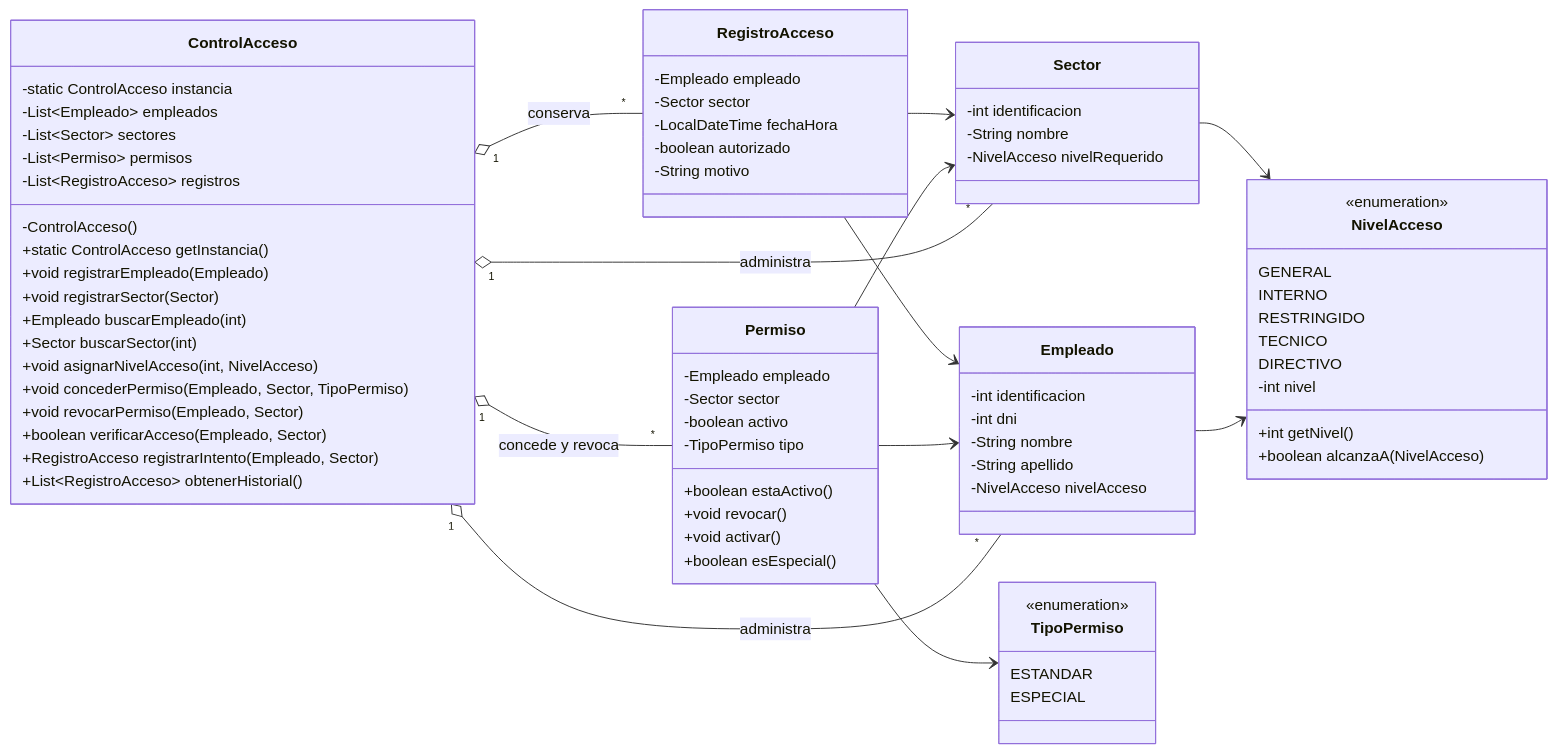
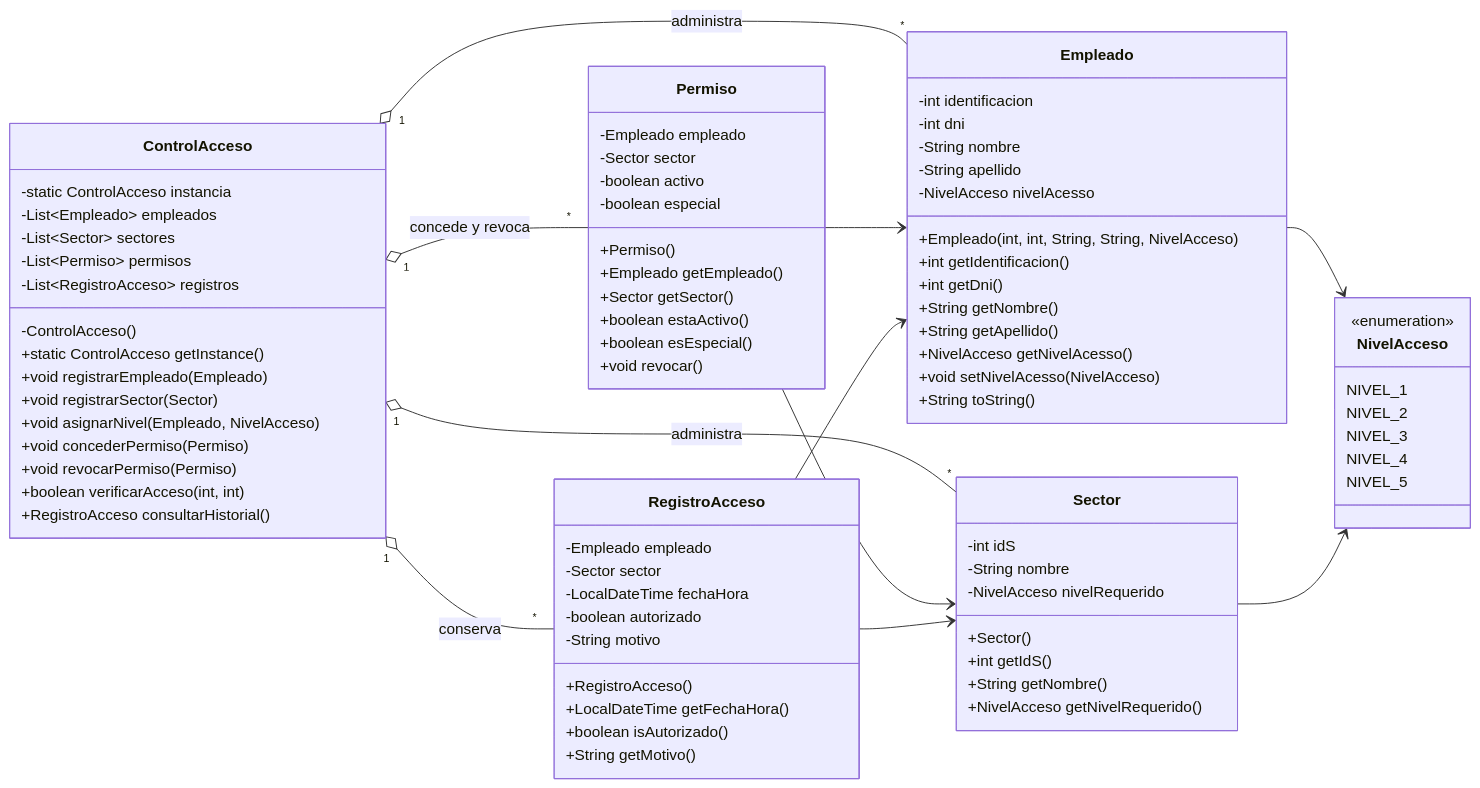
One commit to PatronSingleton-DisenoSoftware/Patron-Singleton-Software-EGI changed the first of 2 diagrams in docs/informe/04-diseno.md. Above: the diagram before and after it, drawn with Mermaid. The commit also changed other lines of this file and 12 other files, not shown here.

````diff
--- a/docs/informe/04-diseno.md
+++ b/docs/informe/04-diseno.md
@@ -247,17 +253,14 @@
         -List~Permiso~ permisos
         -List~RegistroAcceso~ registros
         -ControlAcceso()
-        +static ControlAcceso getInstancia()
+        +static ControlAcceso getInstance()
         +void registrarEmpleado(Empleado)
         +void registrarSector(Sector)
-        +Empleado buscarEmpleado(int)
-        +Sector buscarSector(int)
-        +void asignarNivelAcceso(int, NivelAcceso)
-        +void concederPermiso(Empleado, Sector, TipoPermiso)
-        +void revocarPermiso(Empleado, Sector)
-        +boolean verificarAcceso(Empleado, Sector)
-        +RegistroAcceso registrarIntento(Empleado, Sector)
-        +List~RegistroAcceso~ obtenerHistorial()
+        +void asignarNivel(Empleado, NivelAcceso)
+        +void concederPermiso(Permiso)
+        +void revocarPermiso(Permiso)
+        +boolean verificarAcceso(int, int)
+        +RegistroAcceso consultarHistorial()
     }
 
     class Empleado {
@@ -265,24 +268,38 @@
         -int dni
         -String nombre
         -String apellido
-        -NivelAcceso nivelAcceso
+        -NivelAcceso nivelAcesso
+        +Empleado(int, int, String, String, NivelAcceso)
+        +int getIdentificacion()
+        +int getDni()
+        +String getNombre()
+        +String getApellido()
+        +NivelAcceso getNivelAcesso()
+        +void setNivelAcesso(NivelAcceso)
+        +String toString()
     }
 
     class Sector {
-        -int identificacion
+        -int idS
         -String nombre
         -NivelAcceso nivelRequerido
+        +Sector()
+        +int getIdS()
+        +String getNombre()
+        +NivelAcceso getNivelRequerido()
     }
 
     class Permiso {
         -Empleado empleado
         -Sector sector
         -boolean activo
-        -TipoPermiso tipo
+        -boolean especial
+        +Permiso()
+        +Empleado getEmpleado()
+        +Sector getSector()
         +boolean estaActivo()
+        +boolean esEspecial()
         +void revocar()
-        +void activar()
-        +boolean esEspecial()
     }
 
     class RegistroAcceso {
@@ -291,24 +308,19 @@
         -LocalDateTime fechaHora
         -boolean autorizado
         -String motivo
+        +RegistroAcceso()
+        +LocalDateTime getFechaHora()
+        +boolean isAutorizado()
+        +String getMotivo()
     }
 
     class NivelAcceso {
         <<enumeration>>
-        GENERAL
-        INTERNO
-        RESTRINGIDO
-        TECNICO
-        DIRECTIVO
-        -int nivel
-        +int getNivel()
-        +boolean alcanzaA(NivelAcceso)
-    }
-
-    class TipoPermiso {
-        <<enumeration>>
-        ESTANDAR
-        ESPECIAL
+        NIVEL_1
+        NIVEL_2
+        NIVEL_3
+        NIVEL_4
+        NIVEL_5
     }
 
     ControlAcceso "1" o-- "*" Empleado : administra
@@ -321,5 +333,4 @@
     RegistroAcceso --> Sector
     Empleado --> NivelAcceso
     Sector --> NivelAcceso
-    Permiso --> TipoPermiso
 ```
````
